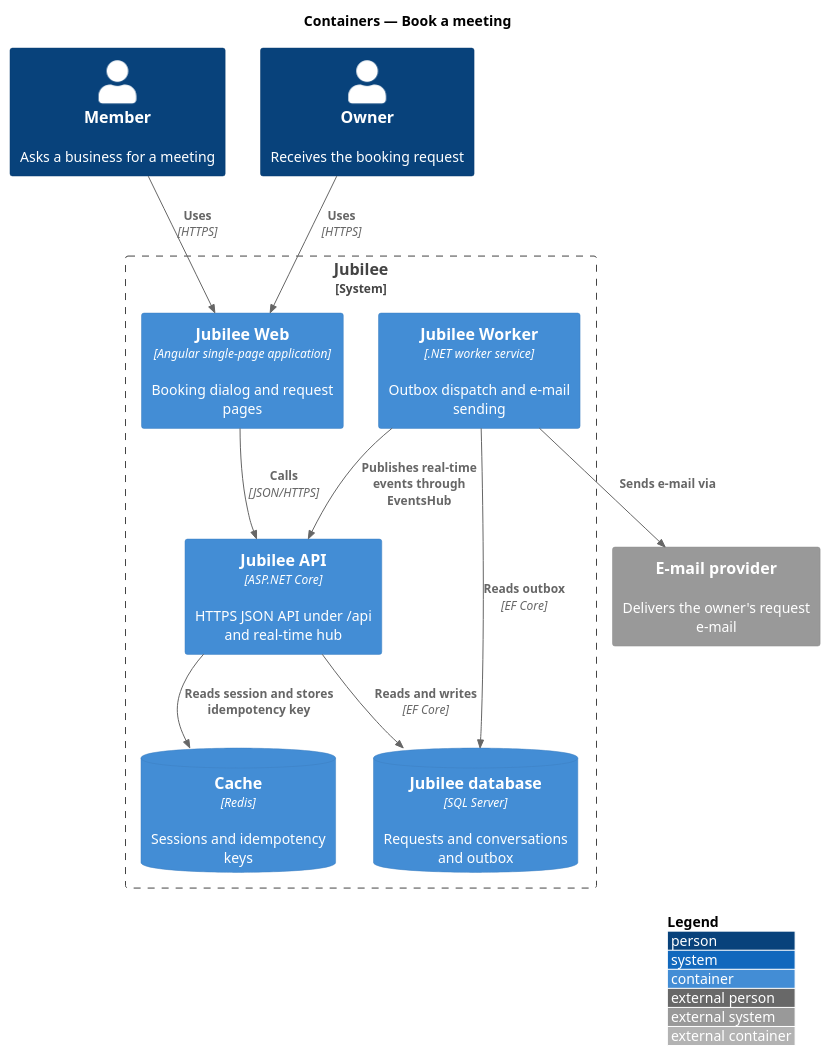
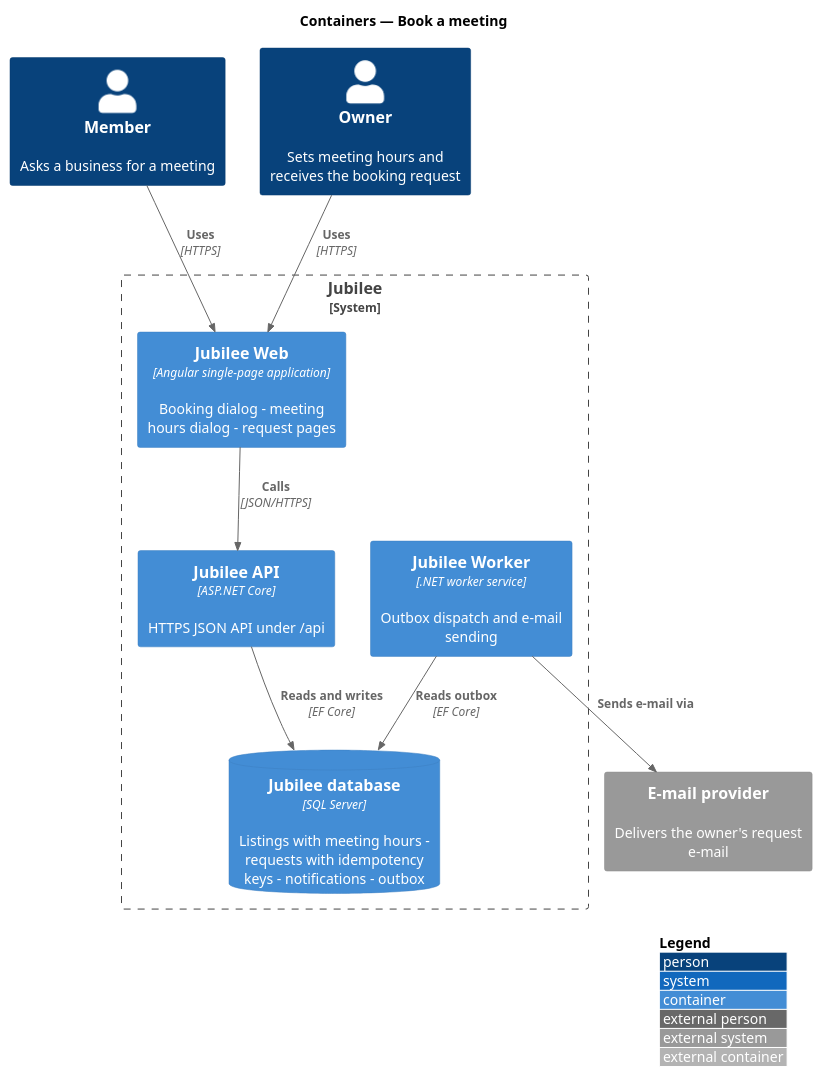
The diagram in docs/detailed-designs/requests/book-meeting/diagrams/c4-container.puml (QuinntyneBrown/jubilee), drawn with PlantUML before and after one commit. The commit also changed 26 other files, not shown here.

Commit message:
Specify meeting hours the owner sets: L2-220, ADR 0048, the booking design as built and the meeting-hours mocks

```diff
--- a/docs/detailed-designs/requests/book-meeting/diagrams/c4-container.puml
+++ b/docs/detailed-designs/requests/book-meeting/diagrams/c4-container.puml
@@ -1,25 +1,22 @@
 @startuml
 !include <C4/C4_Container>
 LAYOUT_WITH_LEGEND()
 title Containers — Book a meeting
 
 Person(member, "Member", "Asks a business for a meeting")
-Person(owner, "Owner", "Receives the booking request")
+Person(owner, "Owner", "Sets meeting hours and receives the booking request")
 System_Boundary(jubilee, "Jubilee") {
-  Container(web, "Jubilee Web", "Angular single-page application", "Booking dialog and request pages")
-  Container(api, "Jubilee API", "ASP.NET Core", "HTTPS JSON API under /api and real-time hub")
+  Container(web, "Jubilee Web", "Angular single-page application", "Booking dialog - meeting hours dialog - request pages")
+  Container(api, "Jubilee API", "ASP.NET Core", "HTTPS JSON API under /api")
   Container(worker, "Jubilee Worker", ".NET worker service", "Outbox dispatch and e-mail sending")
-  ContainerDb(db, "Jubilee database", "SQL Server", "Requests and conversations and outbox")
-  ContainerDb(cache, "Cache", "Redis", "Sessions and idempotency keys")
+  ContainerDb(db, "Jubilee database", "SQL Server", "Listings with meeting hours - requests with idempotency keys - notifications - outbox")
 }
 System_Ext(email, "E-mail provider", "Delivers the owner's request e-mail")
 
 Rel(member, web, "Uses", "HTTPS")
 Rel(owner, web, "Uses", "HTTPS")
 Rel(web, api, "Calls", "JSON/HTTPS")
 Rel(api, db, "Reads and writes", "EF Core")
-Rel(api, cache, "Reads session and stores idempotency key")
 Rel(worker, db, "Reads outbox", "EF Core")
-Rel(worker, api, "Publishes real-time events through EventsHub")
 Rel(worker, email, "Sends e-mail via")
 @enduml
```
